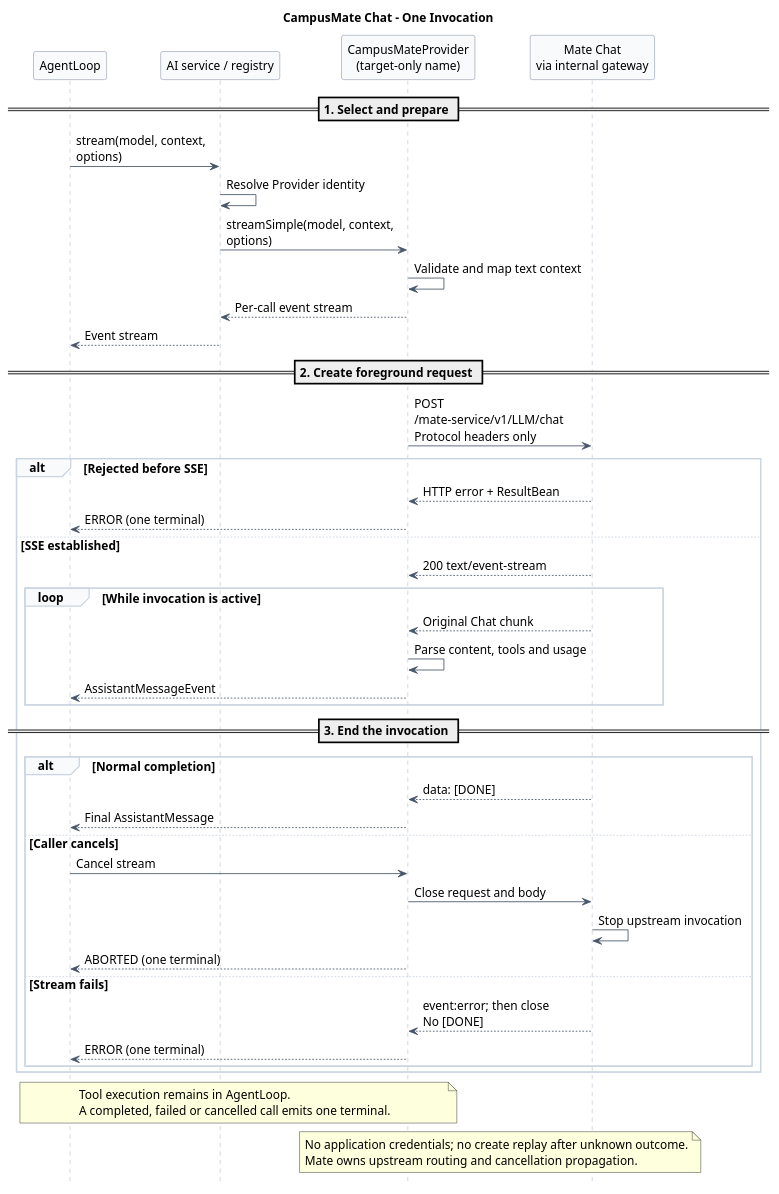
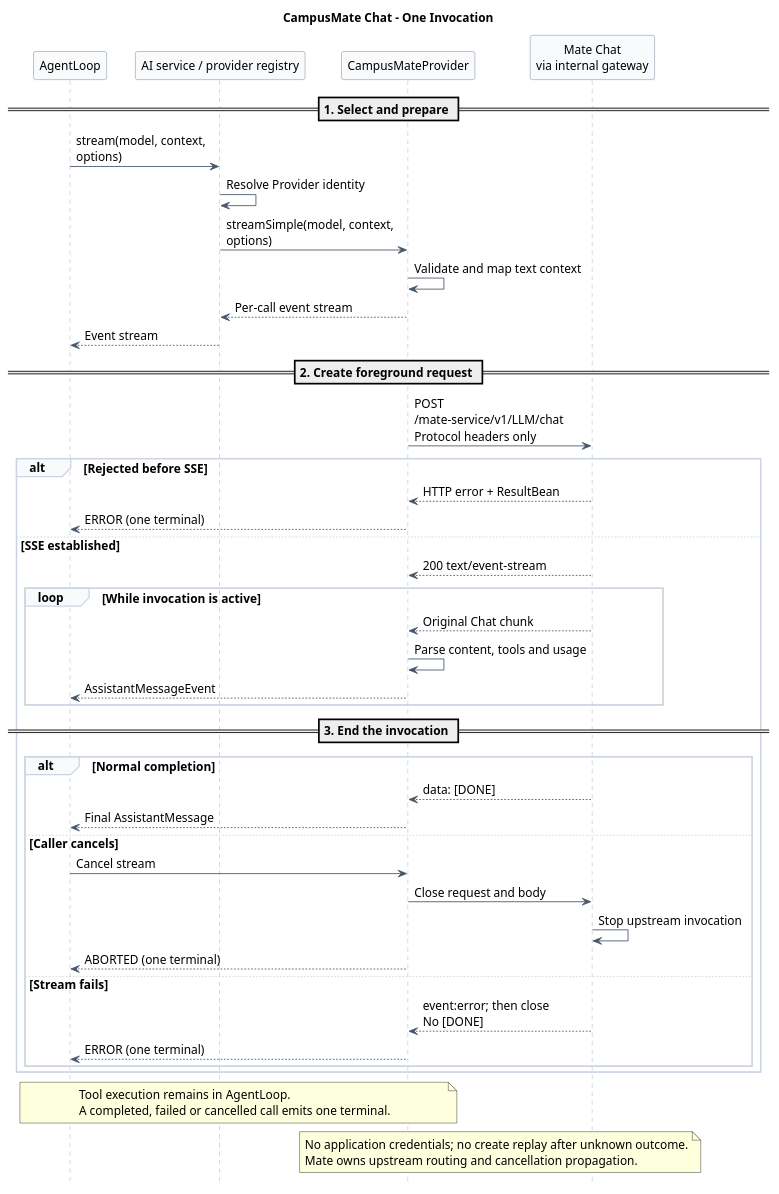
One commit to ssm0808/pi-mono-java-design changed the third of 5 diagrams in 02-服务与接口/03-模型管理Provider契约/diagram.puml. Above: the diagram before and after it, drawn with PlantUML. The commit also changed other lines of this file and 14 other files, not shown here.

```diff
--- a/02-服务与接口/03-模型管理Provider契约/diagram.puml
+++ b/02-服务与接口/03-模型管理Provider契约/diagram.puml
@@ -79,81 +84,81 @@
 @startuml model_manager_invocation_sequence
 ' Source evidence:
 ' pi-mono packages/ai/src/api/openai-completions.ts: stream, convertMessages, tool calls, and usage parsing
 ' pi-mono packages/agent/src/agent-loop.ts: runLoop and streamAssistantResponse
 ' pi-mono packages/coding-agent/src/core/compaction/compaction.ts: completeSummarization with toolChoice none
-' Baseline: pi-mono-java f61906b9136246ca60f333704b6fc92b5420d0ec
-' pi-mono-java modules/ai/src/main/java/com/campusclaw/ai/provider/mate/MateServiceModelManagerProvider.java: streamSimple, eventFlux, cancel
+' Baseline: pi-mono-java 21c3f59be033e7bdd5506a2d9d48baa2581bc3c7
+' pi-mono-java modules/ai/src/main/java/com/campusclaw/ai/provider/mate/CampusMateProvider.java: streamSimple, eventFlux, cancel
 ' pi-mono-java modules/ai/src/main/java/com/campusclaw/ai/provider/mate/MateChatSseParser.java: accept, parseUsage, abort
-' Target-only: CampusMateProvider is the new name; Chat behavior remains unchanged.
+' Observed behavior: CampusMateProvider is the current implementation name.
 ' pi-mono-java modules/agent-core/src/main/java/com/campusclaw/agent/loop/AgentLoop.java: invokeModel and consumeStream
 ' mate-service src/main/java/com/huawei/hicampus/mate/agentdefinition/modelmanager/controller/LlmChatController.java:35-55
 ' Observed behavior: POST /mate-service/v1/LLM/chat exists in the analyzed mate-service baseline.
 ' Product constraint: cancellation closes the foreground request and has no separate cancel operation.
 ' Architecture change: successful Chat SSE is returned without ResultBean or payload rewriting.
 
 skinparam backgroundColor white
 skinparam shadowing false
 skinparam defaultFontName Arial
 skinparam defaultFontSize 14
 skinparam ArrowColor #475569
 title CampusMate Chat - One Invocation
 hide footbox
 skinparam maxMessageSize 210
 skinparam sequenceMessageAlign left
 skinparam sequence {
   ParticipantBackgroundColor #F8FAFC
   ParticipantBorderColor #64748B
   LifeLineBorderColor #94A3B8
   GroupBorderColor #CBD5E1
   GroupBackgroundColor #F8FAFC
 }
 participant AgentLoop as Loop
-participant "AI service / registry" as AI
-participant "CampusMateProvider\n(target-only name)" as Provider
+participant "AI service / provider registry" as AI
+participant CampusMateProvider as Provider
 participant "Mate Chat\nvia internal gateway" as Mate
 
 == 1. Select and prepare ==
 Loop -> AI : stream(model, context, options)
 AI -> AI : Resolve Provider identity
 AI -> Provider : streamSimple(model, context, options)
 Provider -> Provider : Validate and map text context
 Provider --> AI : Per-call event stream
 AI --> Loop : Event stream
 
 == 2. Create foreground request ==
 Provider -> Mate : POST /mate-service/v1/LLM/chat\nProtocol headers only
 alt Rejected before SSE
   Mate --> Provider : HTTP error + ResultBean
   Provider --> Loop : ERROR (one terminal)
 else SSE established
   Mate --> Provider : 200 text/event-stream
   loop While invocation is active
     Mate --> Provider : Original Chat chunk
     Provider -> Provider : Parse content, tools and usage
     Provider --> Loop : AssistantMessageEvent
   end
 
   == 3. End the invocation ==
   alt Normal completion
     Mate --> Provider : data: [DONE]
     Provider --> Loop : Final AssistantMessage
   else Caller cancels
     Loop -> Provider : Cancel stream
     Provider -> Mate : Close request and body
     Mate -> Mate : Stop upstream invocation
     Provider --> Loop : ABORTED (one terminal)
   else Stream fails
     Mate --> Provider : event:error; then close\nNo [DONE]
     Provider --> Loop : ERROR (one terminal)
   end
 end
 
 note over Loop,Provider
 Tool execution remains in AgentLoop.
 A completed, failed or cancelled call emits one terminal.
 end note
 note over Provider,Mate
 No application credentials; no create replay after unknown outcome.
 Mate owns upstream routing and cancellation propagation.
 end note
 @enduml
```
